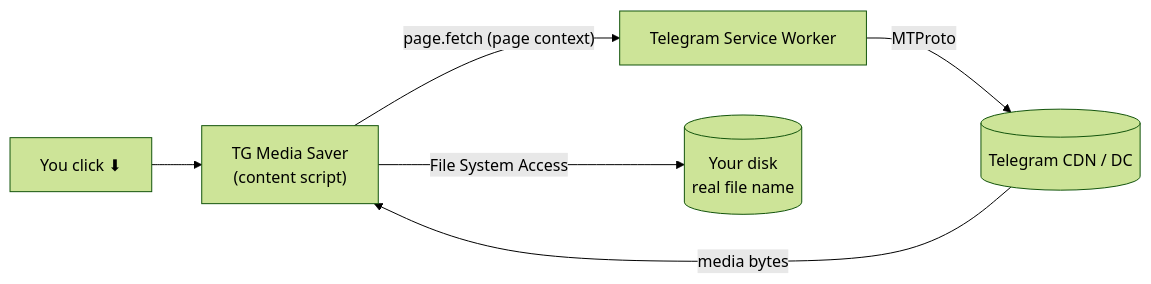
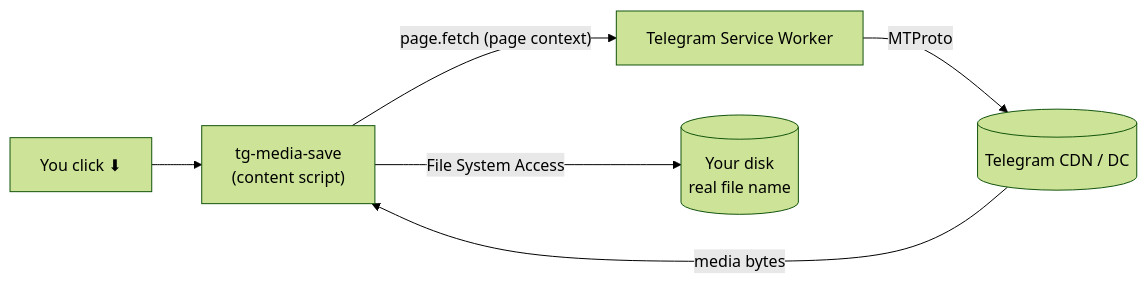
One commit to LazyFaiz/tg-media-save changed the diagram in README.md. Above: the diagram before and after it, drawn with Mermaid (forest theme). The commit also changed other lines of this file and 20 other files, not shown here.

Commit message:
chore: rename project to tg-media-save

````diff
--- a/README.md
+++ b/README.md
@@ -66,8 +66,8 @@
 ```mermaid
 flowchart LR
-  User["You click ⬇"] --> Script["TG Media Saver<br/>(content script)"]
+  User["You click ⬇"] --> Script["tg-media-save<br/>(content script)"]
   Script -->|"page.fetch (page context)"| SW["Telegram Service Worker"]
   SW -->|"MTProto"| CDN[("Telegram CDN / DC")]
   CDN -->|"media bytes"| Script
   Script -->|"File System Access"| Disk[("Your disk<br/>real file name")]
 ```
````
